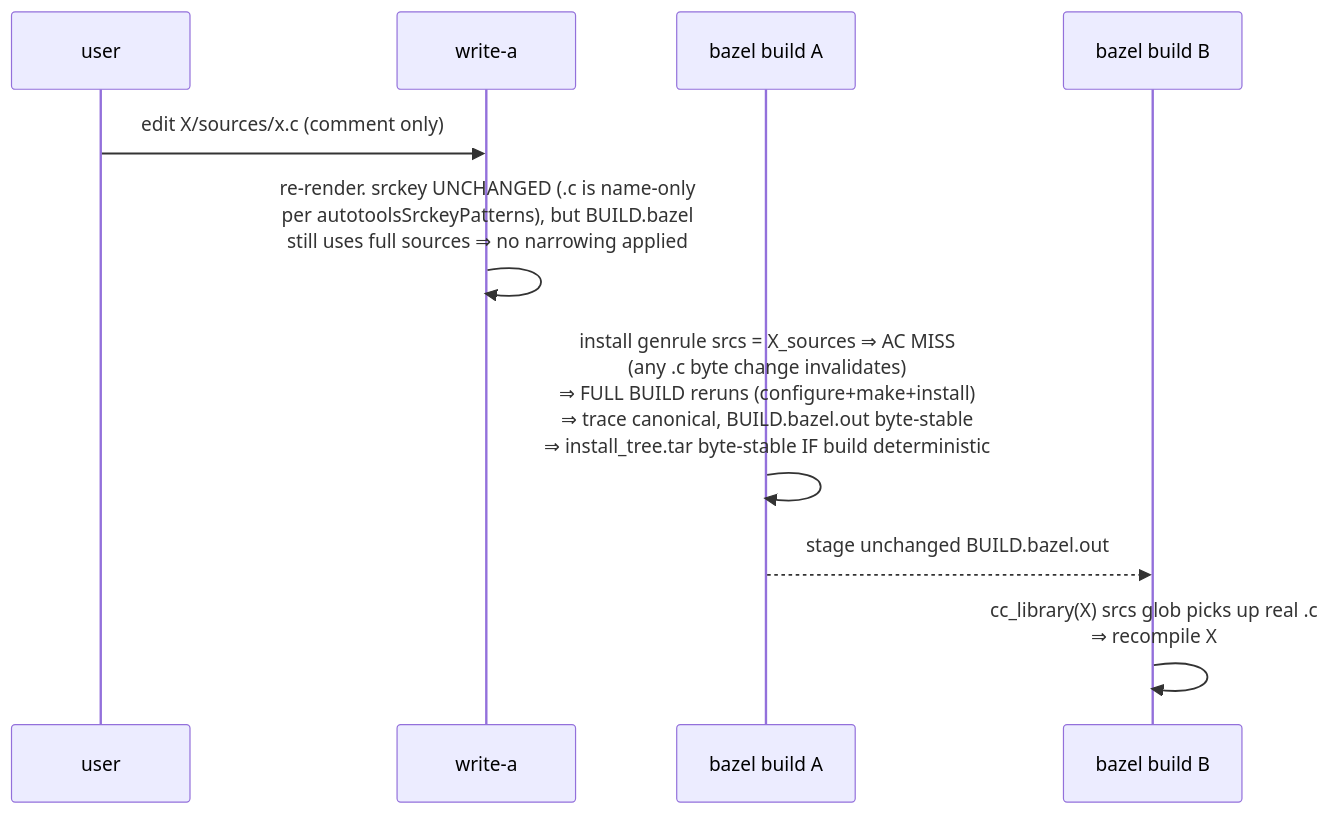
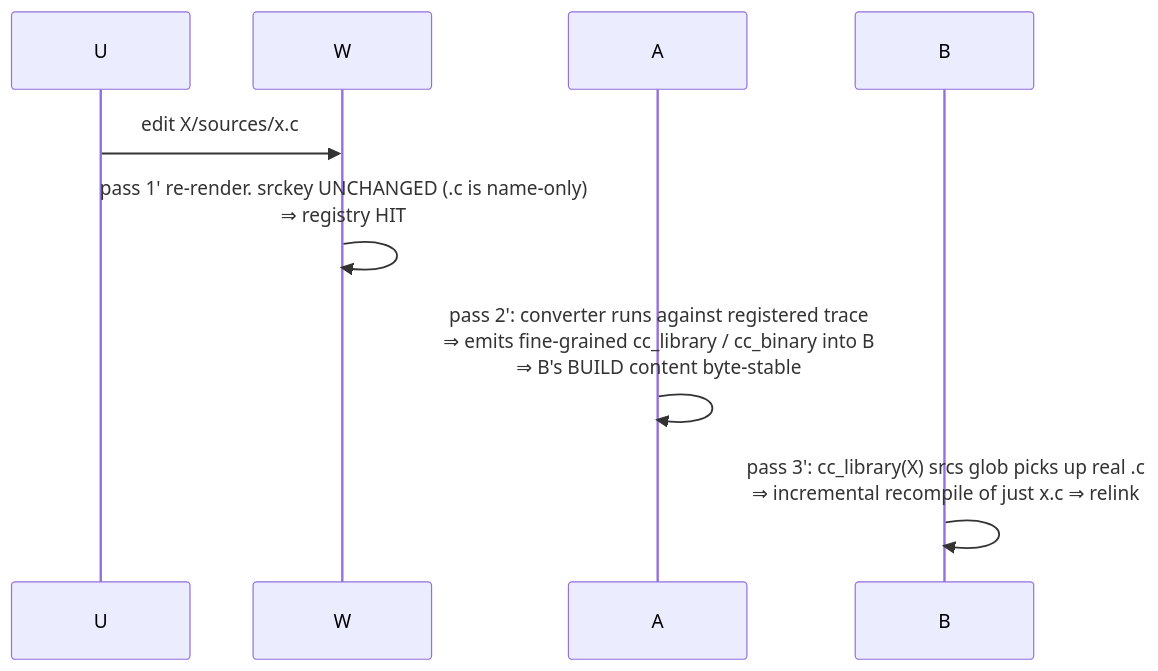
Before and after one commit to sstriker/buildstream-bazel: the fourth of 5 diagrams in docs/three-pass-flow.md, drawn with Mermaid. The commit also changed other lines of this file and 1 other file, not shown here.

First line of the commit message:
docs+lint: reframe three-pass-flow.md per @sstriker review + gofmt canonicalize_test.go

````diff
--- a/docs/three-pass-flow.md
+++ b/docs/three-pass-flow.md
@@ -90,12 +169,7 @@
 ```mermaid
 sequenceDiagram
-    participant U as user
-    participant W as write-a
-    participant A as bazel build A
-    participant B as bazel build B
-    U->>W: edit X/sources/x.c (comment only)
-    W->>W: re-render. srckey UNCHANGED (.c is name-only<br/>per autotoolsSrckeyPatterns), but BUILD.bazel<br/>still uses full sources ⇒ no narrowing applied
-    A->>A: install genrule srcs = X_sources ⇒ AC MISS<br/>(any .c byte change invalidates)<br/>⇒ FULL BUILD reruns (configure+make+install)<br/>⇒ trace canonical, BUILD.bazel.out byte-stable<br/>⇒ install_tree.tar byte-stable IF build deterministic
-    A-->>B: stage unchanged BUILD.bazel.out
-    B->>B: cc_library(X) srcs glob picks up real .c<br/>⇒ recompile X
+    U->>W: edit X/sources/x.c
+    W->>W: pass 1' re-render. srckey UNCHANGED (.c is name-only)<br/>⇒ registry HIT
+    A->>A: pass 2': converter runs against registered trace<br/>⇒ emits fine-grained cc_library / cc_binary into B<br/>⇒ B's BUILD content byte-stable
+    B->>B: pass 3': cc_library(X) srcs glob picks up real .c<br/>⇒ incremental recompile of just x.c ⇒ relink
 ```
````
